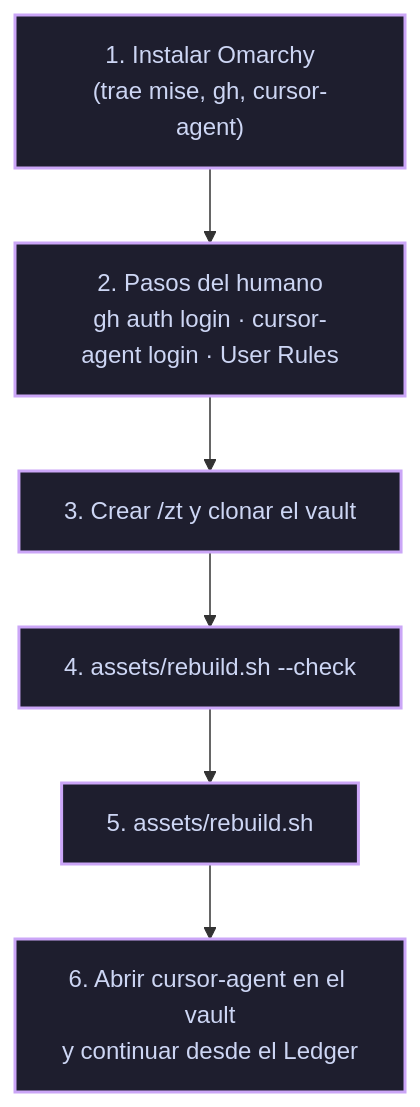
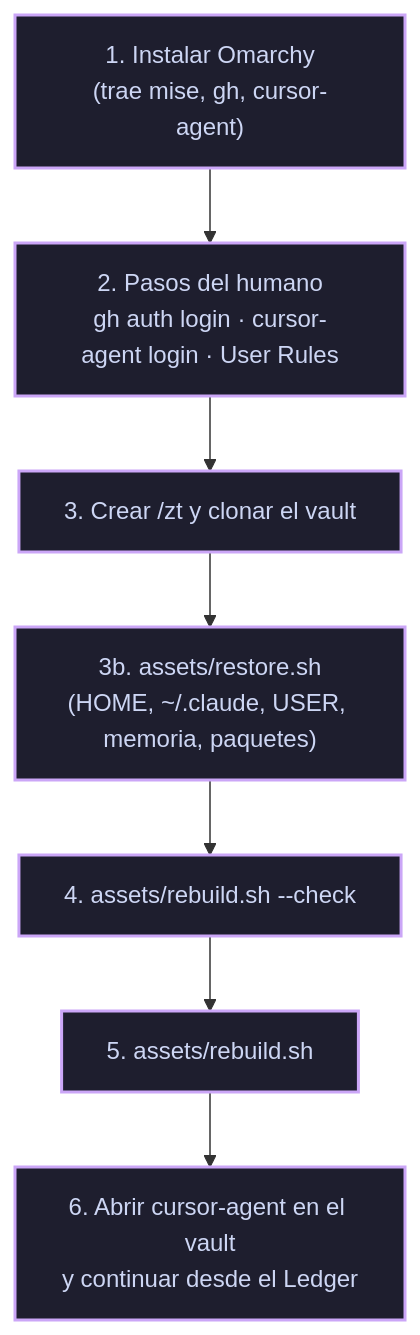
Before and after one commit to robert-flo/PJ-LARRY-rf-playbook: the diagram in 10 - Referencias/10.4 - Reconstruir en una PC Nueva.md, drawn with Mermaid. The commit also changed other lines of this file and 9 other files, not shown here.

Commit message:
Capítulo 8: restore.sh, manifiesto de paquetes y restore probado en melitta

````diff
--- a/10 - Referencias/10.4 - Reconstruir en una PC Nueva.md
+++ b/10 - Referencias/10.4 - Reconstruir en una PC Nueva.md
@@ -32,10 +32,11 @@
 ```mermaid
 flowchart TD
     A["1. Instalar Omarchy<br/>(trae mise, gh, cursor-agent)"] --> B["2. Pasos del humano<br/>gh auth login · cursor-agent login · User Rules"]
     B --> C["3. Crear /zt y clonar el vault"]
-    C --> D["4. assets/rebuild.sh --check"]
+    C --> R["3b. assets/restore.sh<br/>(HOME, ~/.claude, USER, memoria, paquetes)"]
+    R --> D["4. assets/rebuild.sh --check"]
     D --> E["5. assets/rebuild.sh"]
     E --> F["6. Abrir cursor-agent en el vault<br/>y continuar desde el Ledger"]
 
     classDef default fill:#1e1e2e,stroke:#cba6f7,stroke-width:2px,color:#cdd6f4;
 ```
````
